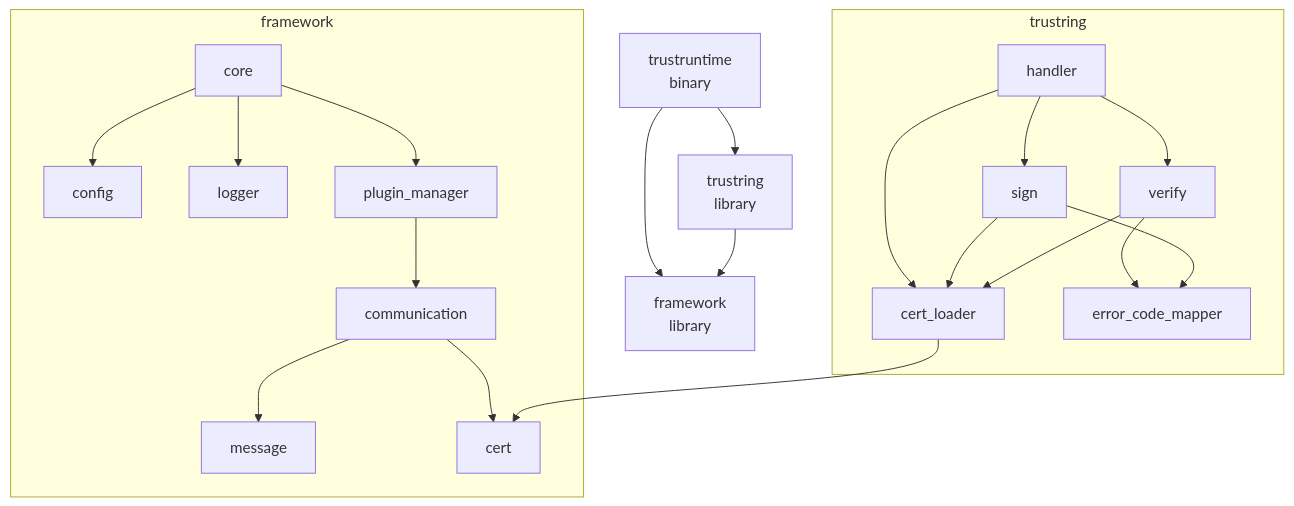
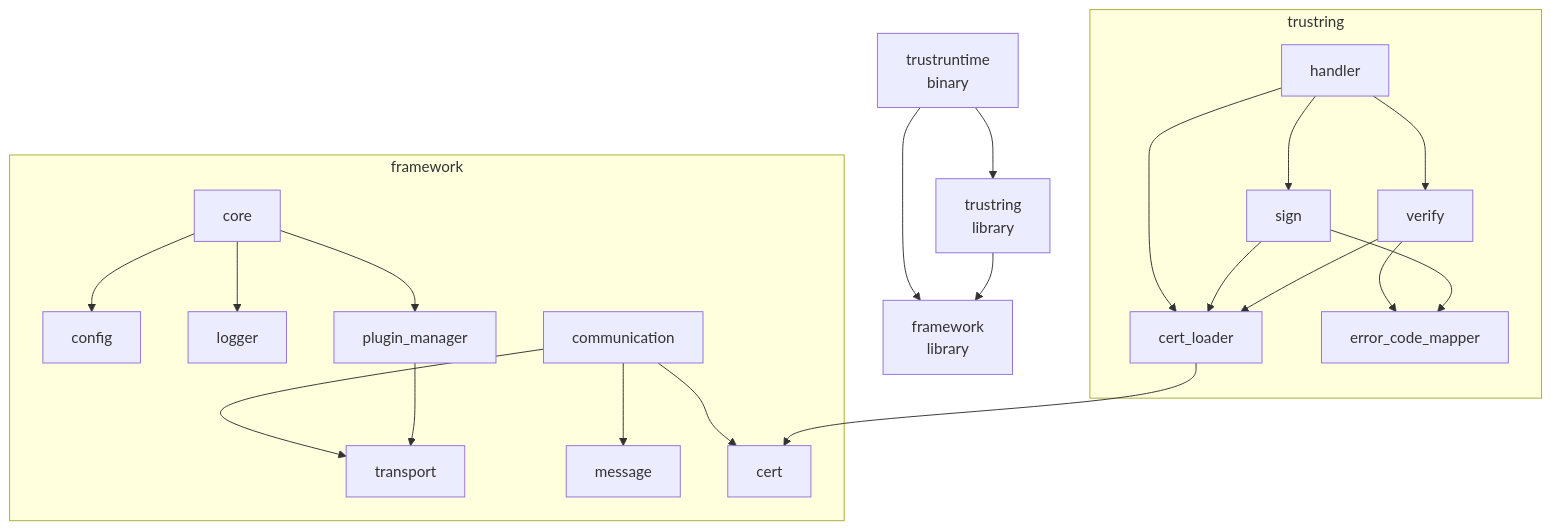
Before and after one commit to openeuler-mirror/trustruntime: the third of 14 diagrams in docs/architecture.md, drawn with Mermaid. The commit also changed other lines of this file and 12 other files, not shown here.

First line of the commit message:
docs: update architecture documentation

````diff
--- a/docs/architecture.md
+++ b/docs/architecture.md
@@ -128,44 +130,46 @@
 ```mermaid
 graph TB
     MAIN[trustruntime<br/>binary]
     FW[framework<br/>library]
     TS[trustring<br/>library]
 
     MAIN --> FW
     MAIN --> TS
     TS --> FW
 
     subgraph framework
         CORE[core]
         CONFIG[config]
         LOG[logger]
         PM[plugin_manager]
+        TR[transport]
         COMM[communication]
         MSG[message]
         CERT[cert]
     end
 
     subgraph trustring
         HDL[handler]
         SGN[sign]
         VRF[verify]
         CLD[cert_loader]
         ECM[error_code_mapper]
     end
 
     COMM --> MSG
     COMM --> CERT
-    PM --> COMM
+    COMM --> TR
+    PM --> TR
     CORE --> PM
     CORE --> LOG
     CORE --> CONFIG
 
     HDL --> SGN
     HDL --> VRF
     HDL --> CLD
     SGN --> CLD
     VRF --> CLD
     CLD --> CERT
     VRF --> ECM
     SGN --> ECM
 ```
````
